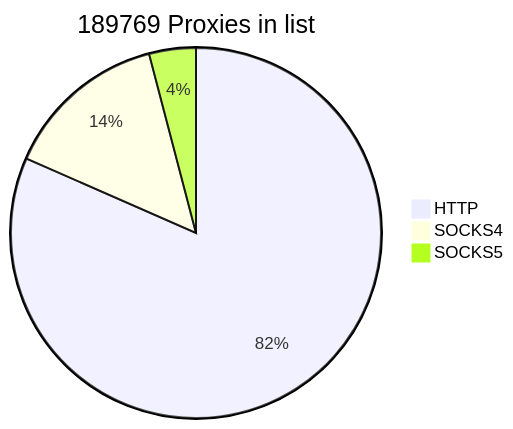
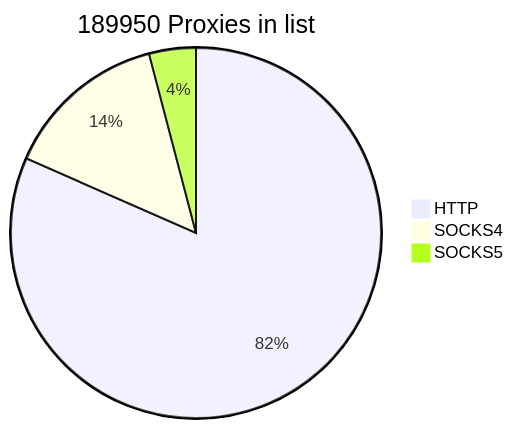
One commit to cutipu/proxylist changed the first of 2 diagrams in README.md. Above: the diagram before and after it, drawn with Mermaid. The commit also changed other lines of this file, not shown here.

````diff
--- a/README.md
+++ b/README.md
@@ -2,7 +2,7 @@
 ```mermaid
-pie title 189769 Proxies in list
-    "HTTP" : 154823
-    "SOCKS4" : 27204
-    "SOCKS5" : 7742
+pie title 189950 Proxies in list
+    "HTTP" : 154990
+    "SOCKS4" : 27207
+    "SOCKS5" : 7753
             
 ```
````
